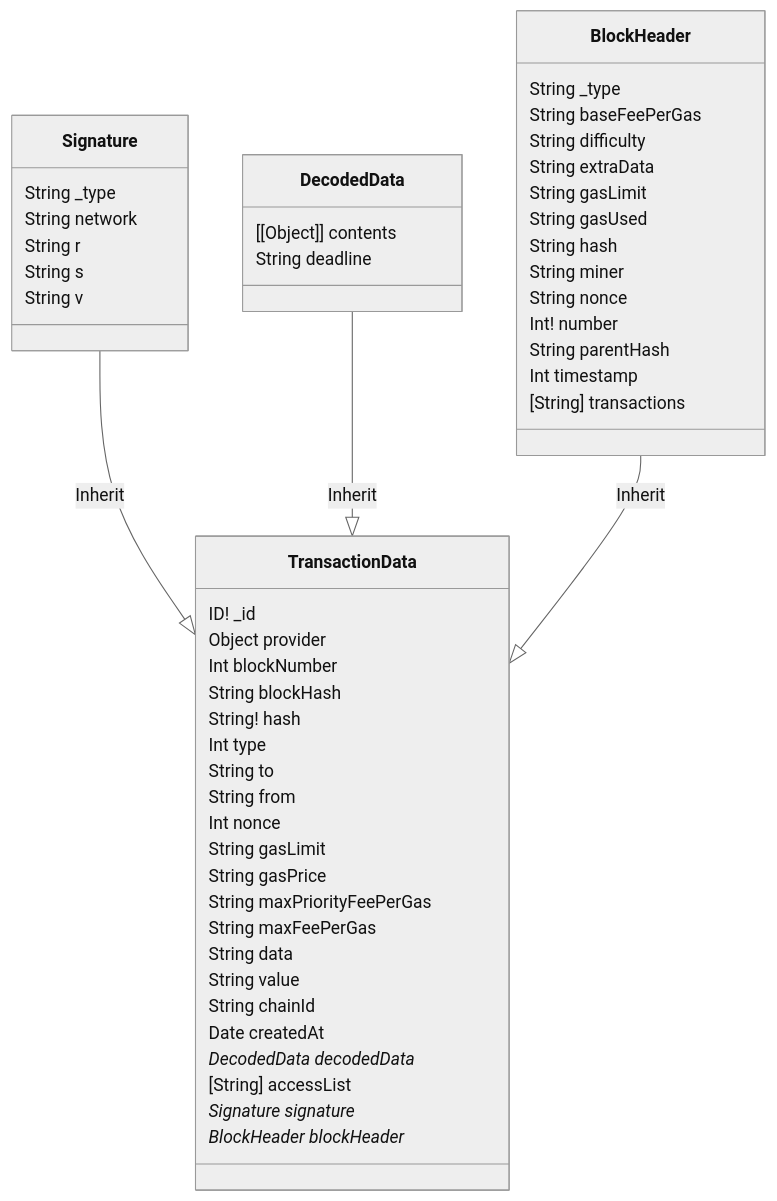
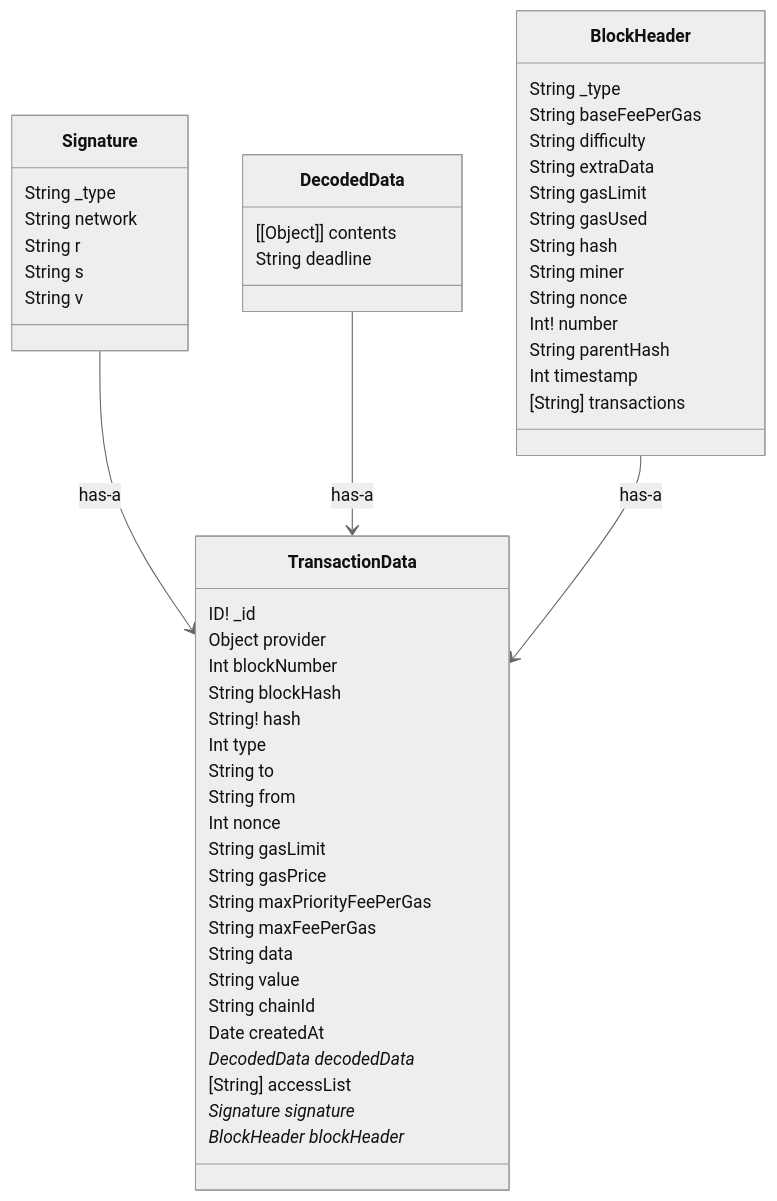
One commit to HiroyukiNaito/uniswap-universal-base changed the second of 2 diagrams in README.md. Above: the diagram before and after it, drawn with Mermaid (neutral theme).

````diff
--- a/README.md
+++ b/README.md
@@ -51,54 +51,54 @@
 ```mermaid
 classDiagram
 
-Signature --|> TransactionData : Inherit
-DecodedData --|> TransactionData : Inherit
-BlockHeader --|> TransactionData : Inherit
+Signature --> TransactionData : has-a
+DecodedData --> TransactionData : has-a
+BlockHeader --> TransactionData : has-a
 
 
 Signature : String _type
 Signature : String network
 Signature : String  r
 Signature : String  s
 Signature : String  v
 
 DecodedData : [[Object]] contents
 DecodedData : String deadline
 
 BlockHeader: String _type
 BlockHeader: String baseFeePerGas
 BlockHeader: String difficulty
 BlockHeader: String extraData
 BlockHeader: String gasLimit
 BlockHeader: String gasUsed
 BlockHeader: String hash
 BlockHeader: String miner
 BlockHeader: String nonce
 BlockHeader: Int! number
 BlockHeader: String parentHash
 BlockHeader: Int timestamp
 BlockHeader: [String] transactions
 
 
 TransactionData: ID! _id
 TransactionData: Object provider
 TransactionData: Int blockNumber
 TransactionData: String blockHash
 TransactionData: String! hash 
 TransactionData: Int type
 TransactionData: String to
 TransactionData: String from
 TransactionData: Int nonce
 TransactionData: String gasLimit
 TransactionData: String gasPrice
 TransactionData: String maxPriorityFeePerGas
 TransactionData: String maxFeePerGas
 TransactionData: String data
 TransactionData: String value
 TransactionData: String chainId
 TransactionData: Date createdAt
 TransactionData: DecodedData decodedData*
 TransactionData: [String] accessList
 TransactionData: Signature signature*
 TransactionData: BlockHeader blockHeader*
 ```
````
